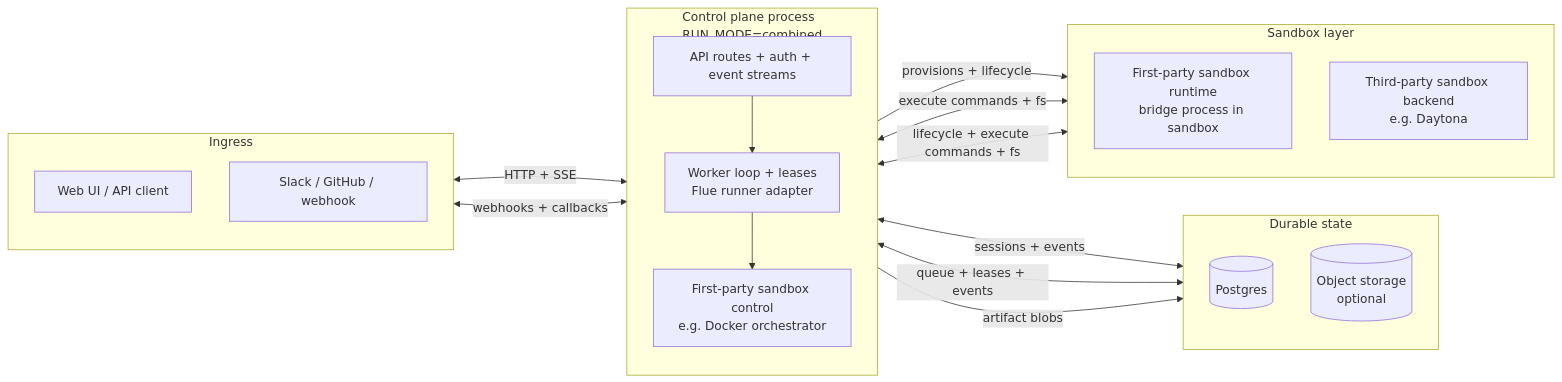
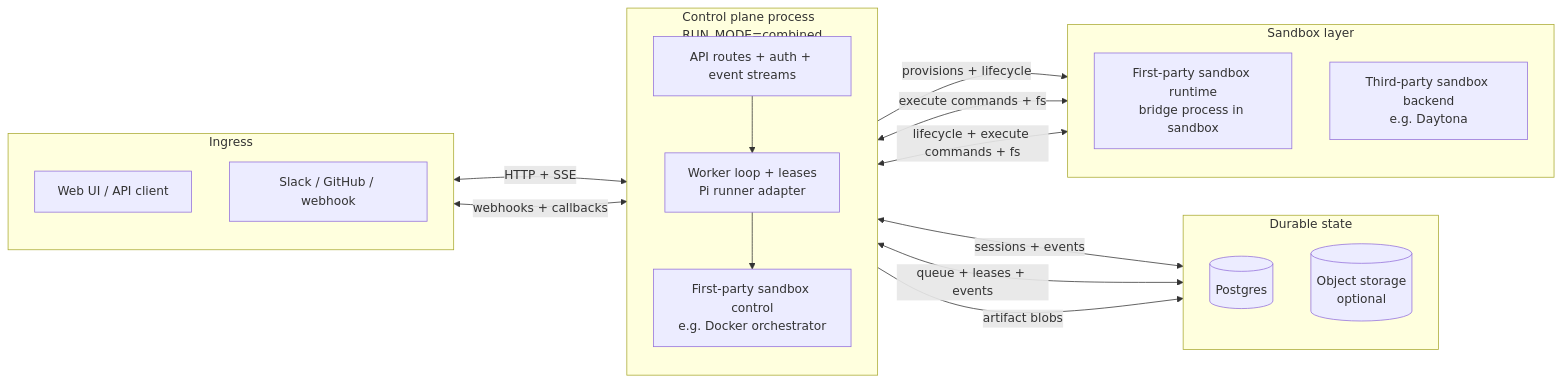
Before and after one commit to sidpalas/deputies: the first of 2 diagrams in docs/architecture.md, drawn with Mermaid. The commit also changed other lines of this file and 25 other files, not shown here.

First line of the commit message:
chore: prefer pi runner and deprecate flue (#83)

````diff
--- a/docs/architecture.md
+++ b/docs/architecture.md
@@ -73,38 +75,38 @@
 ```mermaid
 flowchart LR
   subgraph Ingress[Ingress]
     direction TB
     Client[Web UI / API client]
     Integration[Slack / GitHub / webhook]
   end
 
   subgraph Runtime[Control plane process<br/>RUN_MODE=combined]
     direction TB
     API[API routes + auth + event streams]
-    Worker[Worker loop + leases<br/>Flue runner adapter]
+    Worker[Worker loop + leases<br/>Pi runner adapter]
     FirstPartyControl[First-party sandbox control<br/>e.g. Docker orchestrator]
     API --> Worker
     Worker --> FirstPartyControl
   end
 
   subgraph Durable[Durable state]
     direction TB
     Postgres[(Postgres)]
     ObjectStorage[(Object storage<br/>optional)]
   end
 
   subgraph SandboxLayer[Sandbox layer]
     direction TB
     FirstPartySandbox[First-party sandbox runtime<br/>bridge process in sandbox]
     ThirdPartyBackend[Third-party sandbox backend<br/>e.g. Daytona]
   end
 
   Client <-->|HTTP + SSE| API
   Integration <-->|webhooks + callbacks| API
   API <-->|sessions + events| Postgres
   Worker <-->|queue + leases + events| Postgres
   Worker -->|artifact blobs| ObjectStorage
   FirstPartyControl -->|provisions + lifecycle| FirstPartySandbox
   Worker <-->|execute commands + fs| FirstPartySandbox
   Worker <-->|lifecycle + execute commands + fs| ThirdPartyBackend
 ```
````
